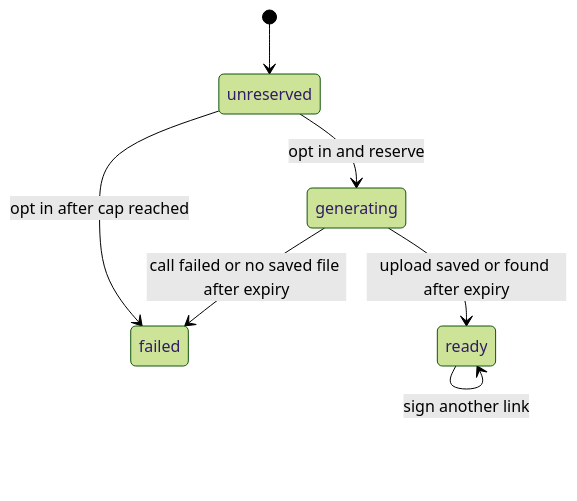
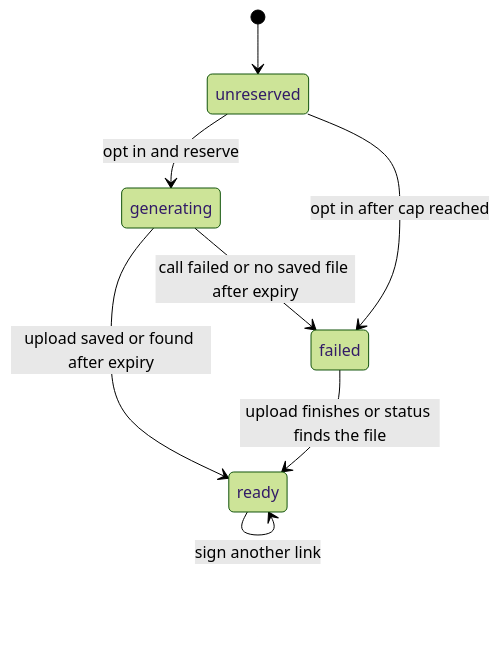
One commit to prateekranka/instaContentHelper changed diagram 13 of 13 in docs/state-machines.md. Above: the diagram before and after it, drawn with Mermaid (forest theme). The commit also changed other lines of this file and 13 other files, not shown here.

````diff
--- a/docs/state-machines.md
+++ b/docs/state-machines.md
@@ -410,9 +416,10 @@
 ```mermaid
 stateDiagram-v2
     [*] --> unreserved
     unreserved --> generating: opt in and reserve
     unreserved --> failed: opt in after cap reached
     generating --> ready: upload saved or found after expiry
     generating --> failed: call failed or no saved file after expiry
+    failed --> ready: upload finishes or status finds the file
     ready --> ready: sign another link
 ```
````
